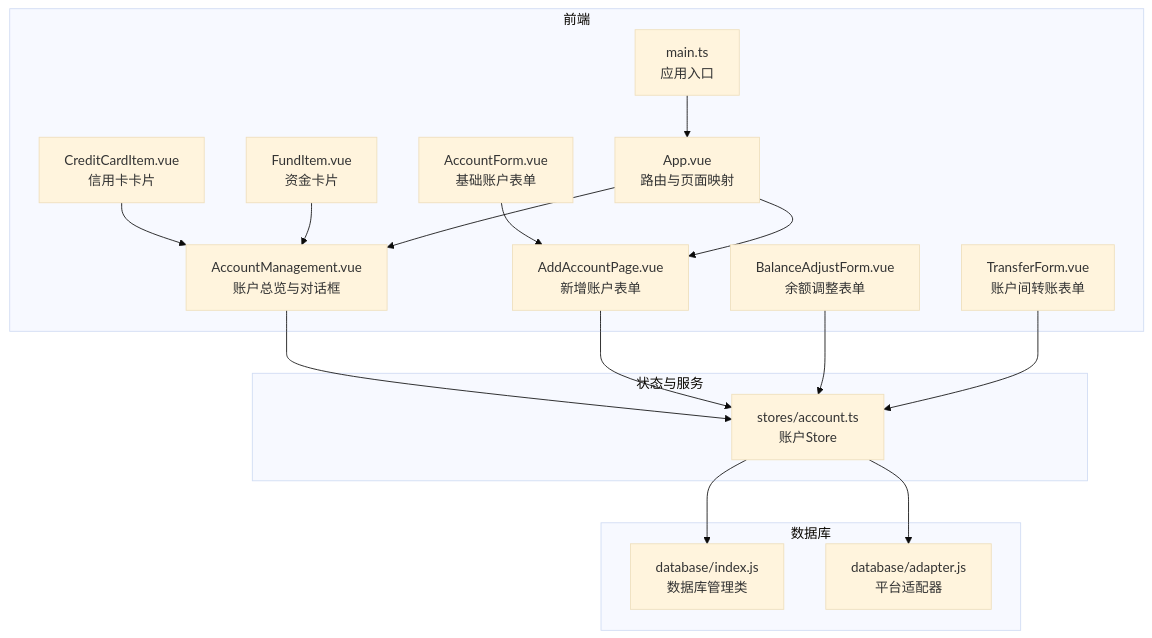
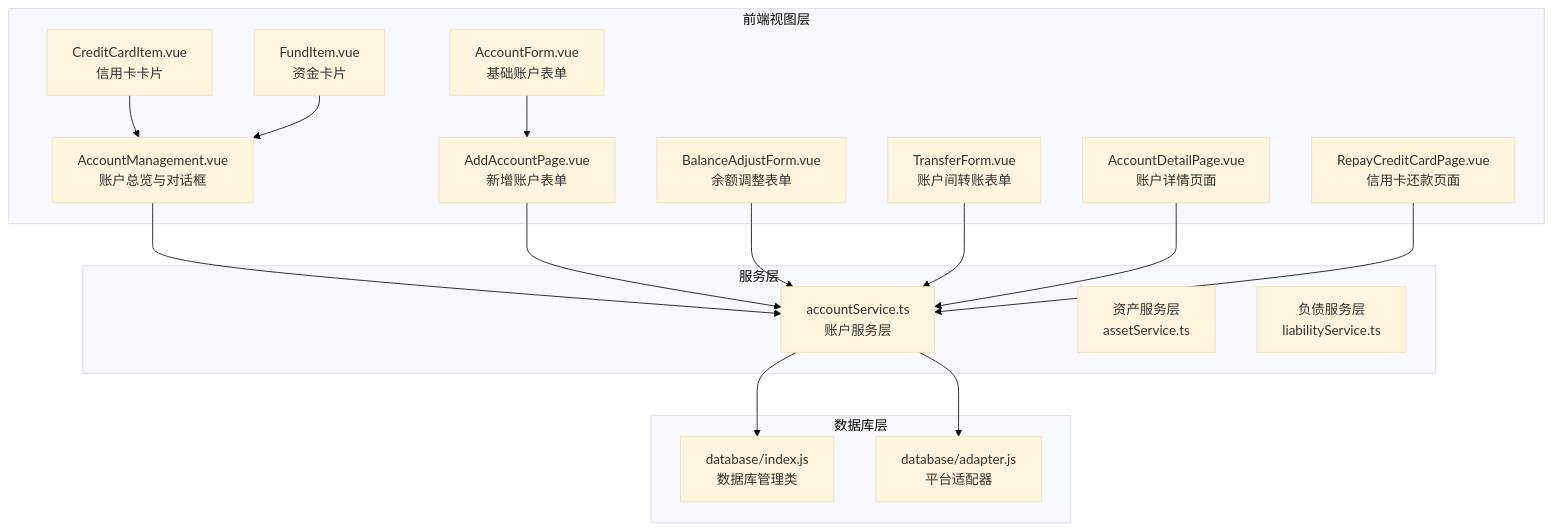
Before and after one commit to xiao-lin-unit/yuan: the first of 11 diagrams in .qoder/repowiki/zh/content/账户管理/账户管理.md, drawn with Mermaid (base theme). The commit also changed other lines of this file and 19 other files, not shown here.

````diff
--- a/.qoder/repowiki/zh/content/账户管理/账户管理.md
+++ b/.qoder/repowiki/zh/content/账户管理/账户管理.md
@@ -38,33 +51,34 @@
 ```mermaid
 graph TB
-subgraph "前端"
+subgraph "前端视图层"
 A["AccountManagement.vue<br/>账户总览与对话框"]
 B["AddAccountPage.vue<br/>新增账户表单"]
 C["AccountForm.vue<br/>基础账户表单"]
 D["BalanceAdjustForm.vue<br/>余额调整表单"]
 E["TransferForm.vue<br/>账户间转账表单"]
 F["CreditCardItem.vue<br/>信用卡卡片"]
 G["FundItem.vue<br/>资金卡片"]
-H["main.ts<br/>应用入口"]
-I["App.vue<br/>路由与页面映射"]
+H["AccountDetailPage.vue<br/>账户详情页面"]
+I["RepayCreditCardPage.vue<br/>信用卡还款页面"]
 end
-subgraph "状态与服务"
-J["stores/account.ts<br/>账户Store"]
+subgraph "服务层"
+J["accountService.ts<br/>账户服务层"]
+K["资产服务层<br/>assetService.ts"]
+L["负债服务层<br/>liabilityService.ts"]
 end
-subgraph "数据库"
-K["database/index.js<br/>数据库管理类"]
-L["database/adapter.js<br/>平台适配器"]
+subgraph "数据库层"
+M["database/index.js<br/>数据库管理类"]
+N["database/adapter.js<br/>平台适配器"]
 end
 A --> J
 B --> J
 C --> B
 D --> J
 E --> J
 F --> A
 G --> A
-H --> I
-I --> A
-I --> B
-J --> K
-J --> L
+H --> J
+I --> J
+J --> M
+J --> N
 ```
````
